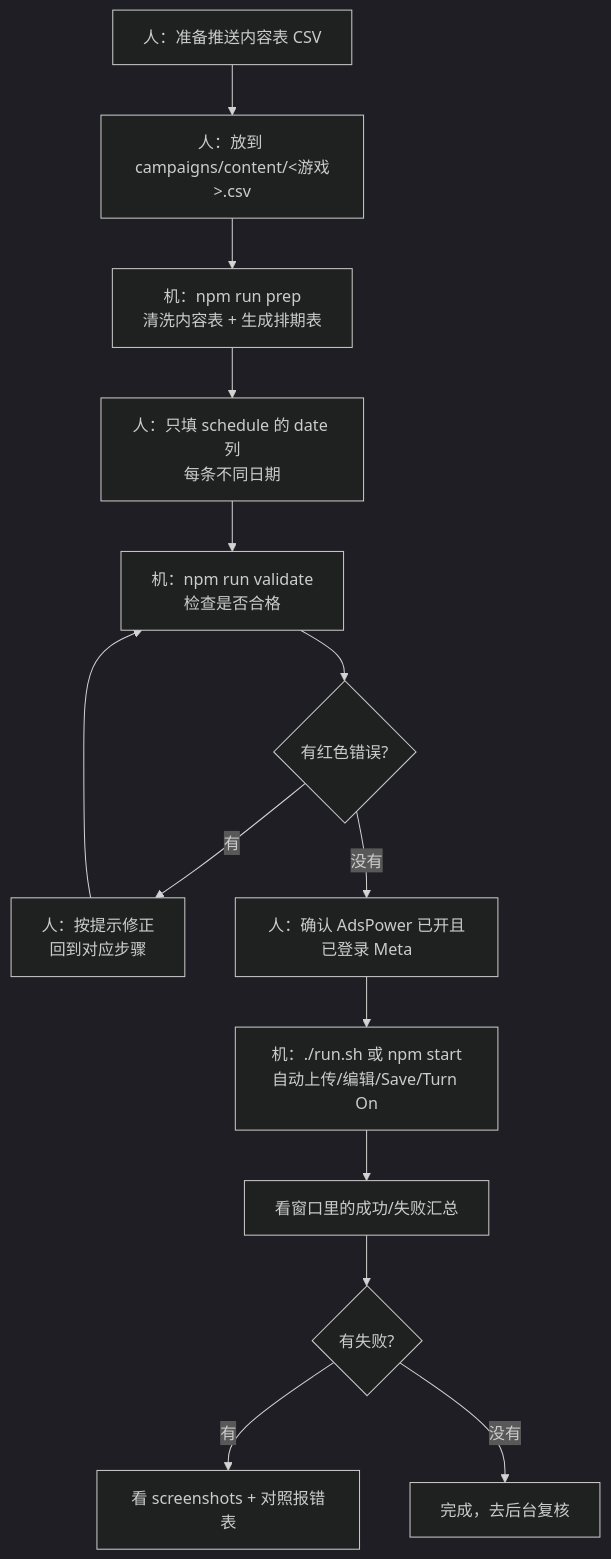
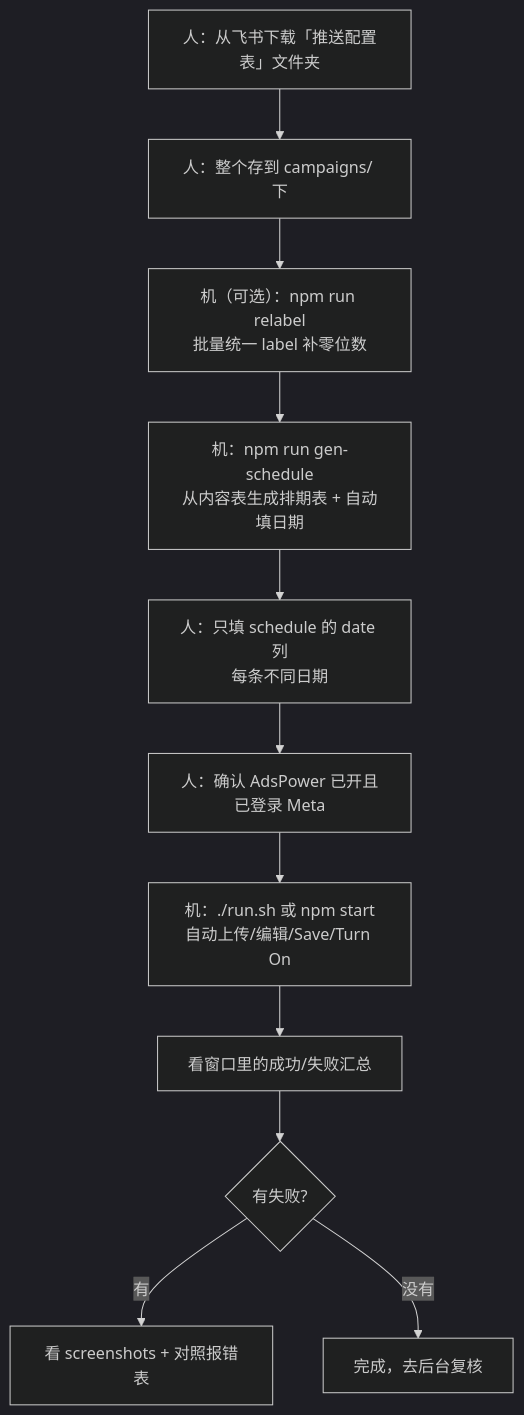
One commit to wan88888/fbgame-notification-automation changed the diagram in docs/flow.mmd. Above: the diagram before and after it, drawn with Mermaid (dark theme). The commit also changed 17 other files, not shown here.

```diff
--- a/docs/flow.mmd
+++ b/docs/flow.mmd
@@ -1,14 +1,11 @@
 flowchart TD
-    A[人：准备推送内容表 CSV] --> B["人：放到 campaigns/content/&lt;游戏&gt;.csv"]
-    B --> C[机：npm run prep<br/>清洗内容表 + 生成排期表]
+    A[人：从飞书下载「推送配置表」文件夹] --> B["人：整个存到 campaigns/ 下"]
+    B --> B2["机（可选）：npm run relabel<br/>批量统一 label 补零位数"]
+    B2 --> C[机：npm run gen-schedule<br/>从内容表生成排期表 + 自动填日期]
     C --> D["人：只填 schedule 的 date 列<br/>每条不同日期"]
-    D --> E[机：npm run validate<br/>检查是否合格]
-    E --> F{有红色错误?}
-    F -->|有| G[人：按提示修正<br/>回到对应步骤]
-    G --> E
-    F -->|没有| H[人：确认 AdsPower 已开且已登录 Meta]
+    D --> H[人：确认 AdsPower 已开且已登录 Meta]
     H --> I[机：./run.sh 或 npm start<br/>自动上传/编辑/Save/Turn On]
     I --> J[看窗口里的成功/失败汇总]
     J --> K{有失败?}
     K -->|有| L[看 screenshots + 对照报错表]
     K -->|没有| M[完成，去后台复核]
```
